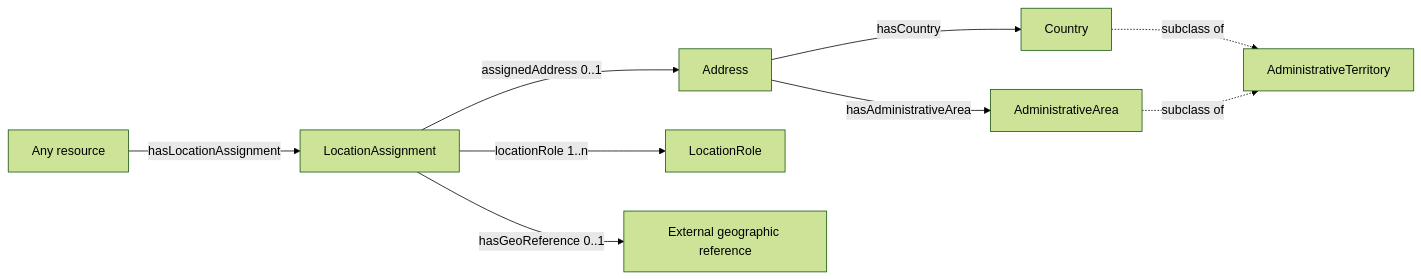
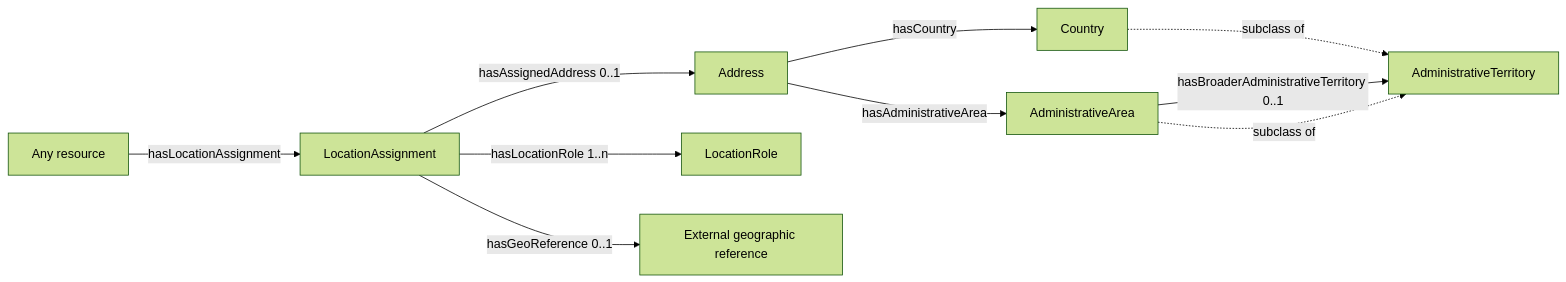
Before and after one commit to project-construct-x/constructx-ontologies: the diagram in modules/core/address/docs/08_concept-diagram.md, drawn with Mermaid (forest theme). The commit also changed other lines of this file and 72 other files, not shown here.

````diff
--- a/modules/core/address/docs/08_concept-diagram.md
+++ b/modules/core/address/docs/08_concept-diagram.md
@@ -10,11 +10,12 @@
 ```mermaid
 flowchart LR
     Resource[Any resource] -->|hasLocationAssignment| Assignment[LocationAssignment]
-    Assignment -->|assignedAddress 0..1| Address[Address]
-    Assignment -->|locationRole 1..n| Role[LocationRole]
+    Assignment -->|hasAssignedAddress 0..1| Address[Address]
+    Assignment -->|hasLocationRole 1..n| Role[LocationRole]
     Assignment -->|hasGeoReference 0..1| Position[External geographic reference]
     Address -->|hasCountry| Country
     Address -->|hasAdministrativeArea| AdministrativeArea
+    AdministrativeArea -->|hasBroaderAdministrativeTerritory 0..1| AdministrativeTerritory
     Country -.->|subclass of| AdministrativeTerritory
     AdministrativeArea -.->|subclass of| AdministrativeTerritory
 ```
````
